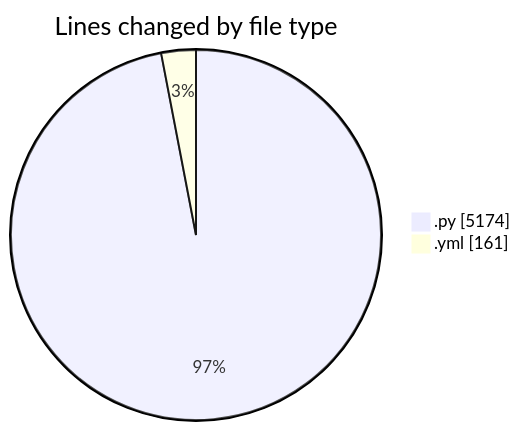
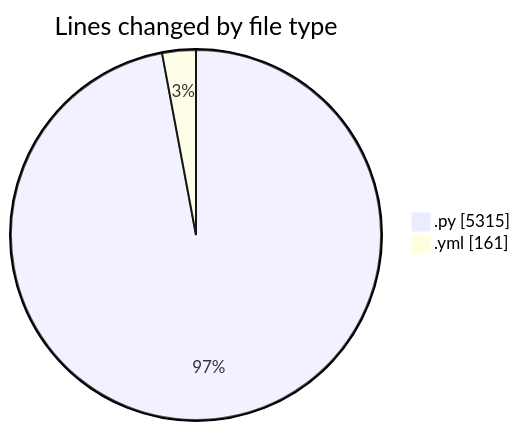
One commit to julien-gomy/code-tracking changed the first of 2 diagrams in 2025-10-15/eventscop-api-guide__workspace_/README.md. Above: the diagram before and after it, drawn with Mermaid. The commit also changed other lines of this file and 1 other file, not shown here.

````diff
--- a/2025-10-15/eventscop-api-guide__workspace_/README.md
+++ b/2025-10-15/eventscop-api-guide__workspace_/README.md
@@ -32,6 +33,6 @@
 ```mermaid
 pie showData
 title Lines changed by file type
-".py" : 5174
+".py" : 5315
 ".yml" : 161
 ```
````
